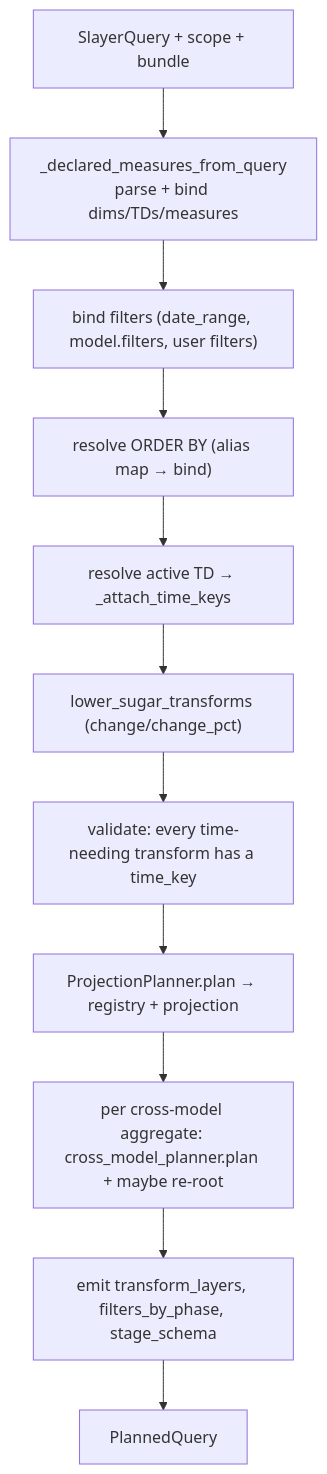
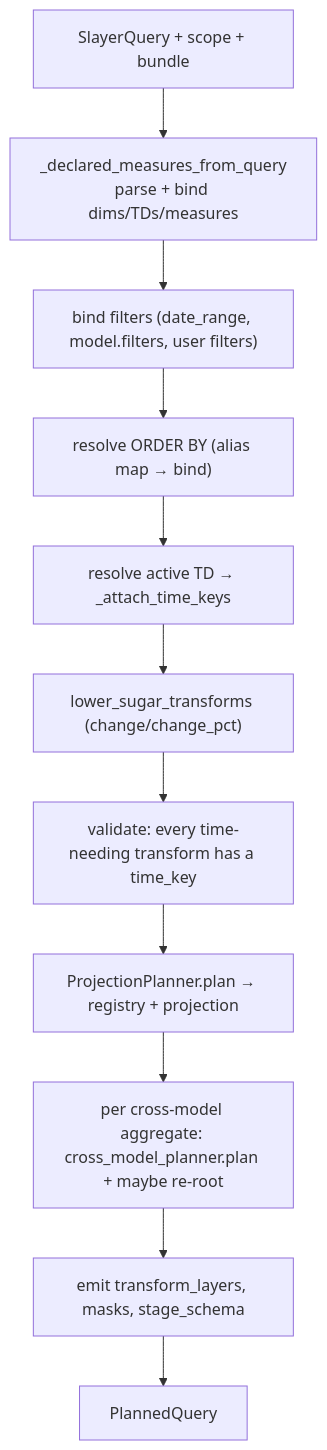
The first of 2 diagrams in docs/architecture/stage-planning.md (MotleyAI/slayer), drawn with Mermaid before and after one commit. The commit also changed other lines of this file and 54 other files, not shown here.

````diff
--- a/docs/architecture/stage-planning.md
+++ b/docs/architecture/stage-planning.md
@@ -14,13 +14,13 @@
 ```mermaid
 flowchart TB
     q["SlayerQuery + scope + bundle"] --> dm["_declared_measures_from_query<br/>parse + bind dims/TDs/measures"]
     dm --> filt["bind filters (date_range, model.filters, user filters)"]
     filt --> ord["resolve ORDER BY (alias map → bind)"]
     ord --> td["resolve active TD → _attach_time_keys"]
     td --> sugar["lower_sugar_transforms (change/change_pct)"]
     sugar --> tval["validate: every time-needing transform has a time_key"]
     tval --> proj["ProjectionPlanner.plan → registry + projection"]
     proj --> cmp["per cross-model aggregate: cross_model_planner.plan + maybe re-root"]
-    cmp --> emit["emit transform_layers, filters_by_phase, stage_schema"]
+    cmp --> emit["emit transform_layers, masks, stage_schema"]
     emit --> pq["PlannedQuery"]
 ```
````
